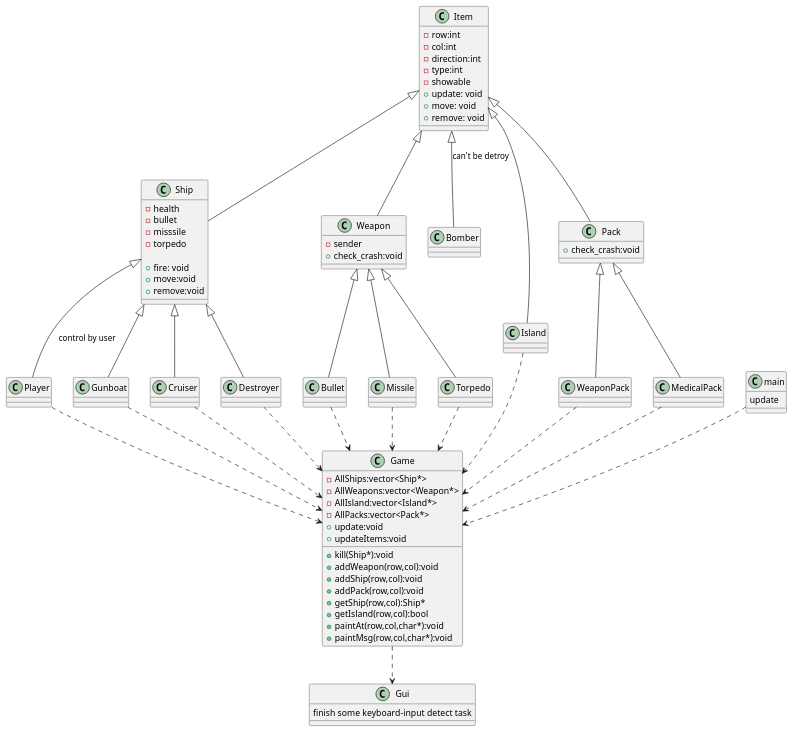
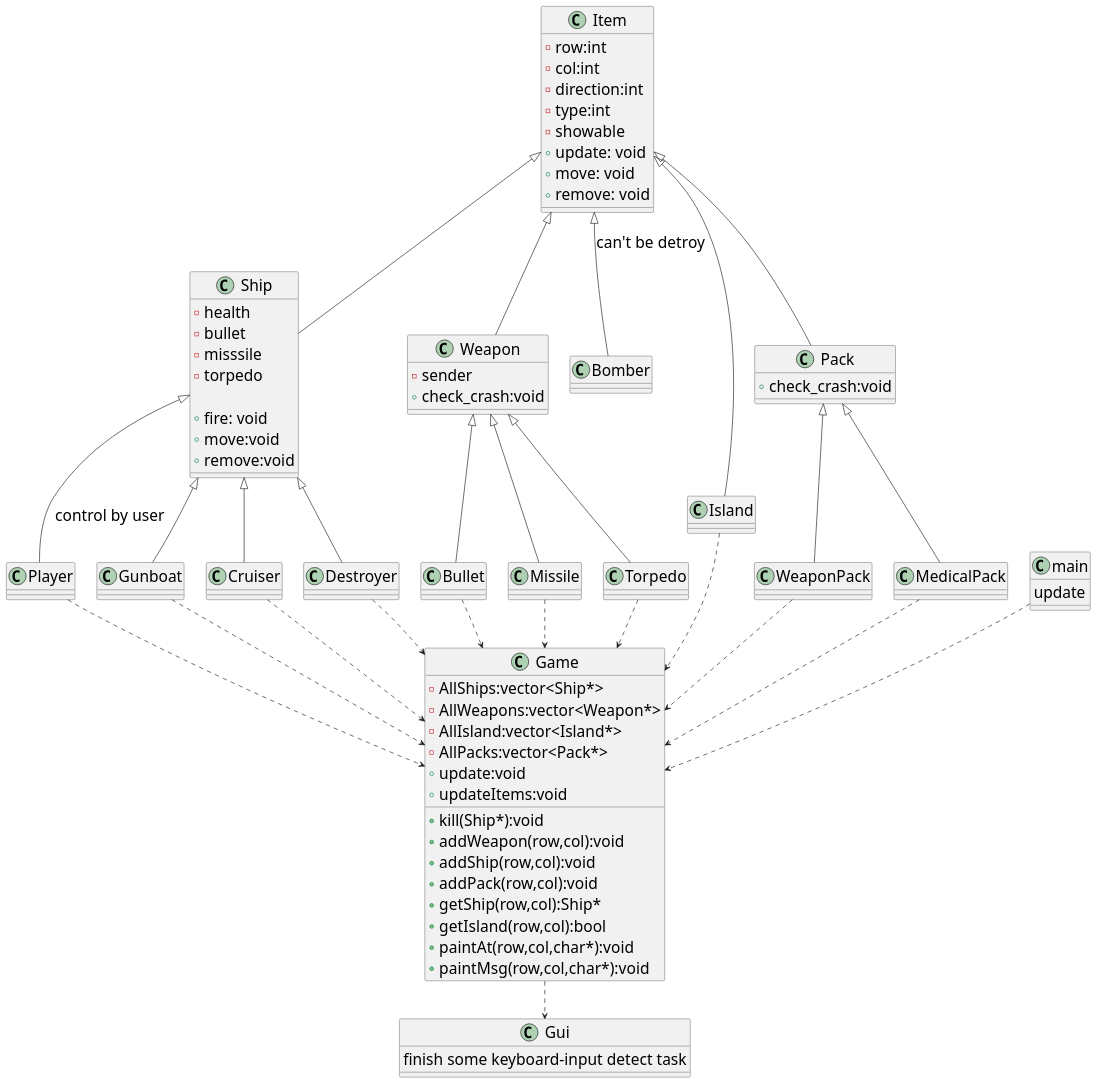
One commit to huangspro/Chomework changed the diagram in class.puml. Above: the diagram before and after it, drawn with PlantUML. The commit also changed 3 other files, not shown here.

```diff
--- a/class.puml
+++ b/class.puml
@@ -1,94 +1,96 @@
 @startuml
+skinparam defaultFontSize 25
+
 class Item{
     -row:int
     -col:int
     -direction:int
     -type:int
     -showable
     +update: void
     +move: void
     +remove: void
 }
 
 class Ship{
     -health
     -bullet
     -misssile
     -torpedo
     
     +fire: void
     +move:void
     +remove:void
 }
 
 class Weapon{
     -sender
     +check_crash:void
 }
 
 class Player{}
 class Gunboat{}
 class Cruiser{}
 class Destroyer{}
 class Bomber{}
 class Bullet{}
 class Missile{}
 class Torpedo{}
 class Island{}
 class Pack{
     +check_crash:void
 }
 class WeaponPack{}
 class MedicalPack{}
 class Game{
     -AllShips:vector<Ship*>
     -AllWeapons:vector<Weapon*>
     -AllIsland:vector<Island*>
     -AllPacks:vector<Pack*>
     +kill(Ship*):void
     +addWeapon(row,col):void
     +addShip(row,col):void
     +addPack(row,col):void
     +update:void
     +updateItems:void
     +getShip(row,col):Ship*
     +getIsland(row,col):bool
     +paintAt(row,col,char*):void
     +paintMsg(row,col,char*):void
 }
 
 class Gui{
     finish some keyboard-input detect task
 }
 class main{
     update
 }
 Item <|-- Ship
 Item <|-- Weapon
 Item <|-- Bomber : can't be detroy
 Item <|-- Pack
 Item <|-- Island
 Weapon <|-- Bullet
 Weapon <|-- Missile
 Weapon <|-- Torpedo
 Pack <|-- MedicalPack
 Pack <|-- WeaponPack
 Ship <|-- Player : control by user
 Ship <|-- Destroyer
 Ship <|-- Cruiser
 Ship <|-- Gunboat
 
 Island ..>Game
 Player ..>Game
 Cruiser ..>Game
 Destroyer ..>Game
 Gunboat ..>Game
 Bullet ..>Game
 Torpedo ..>Game
 Missile ..>Game
 MedicalPack ..>Game
 WeaponPack ..>Game
 
 Game ..> Gui
 main ..> Game
 @enduml
```
